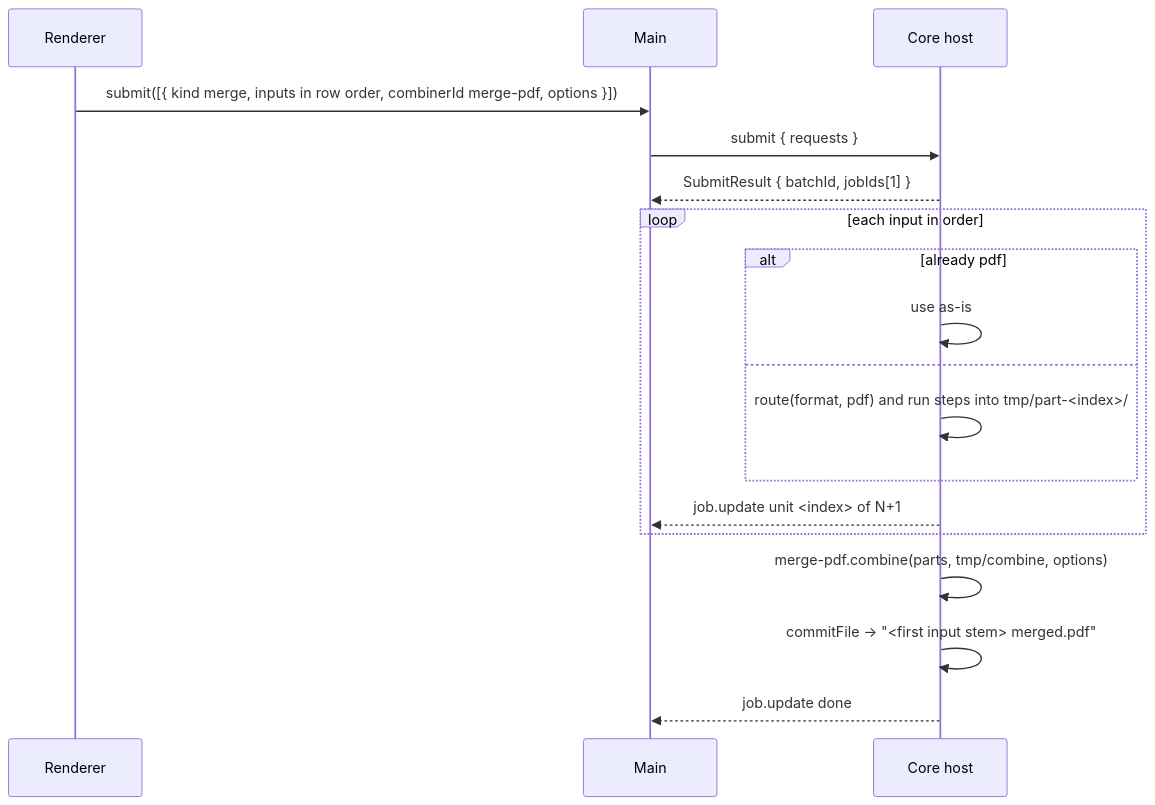
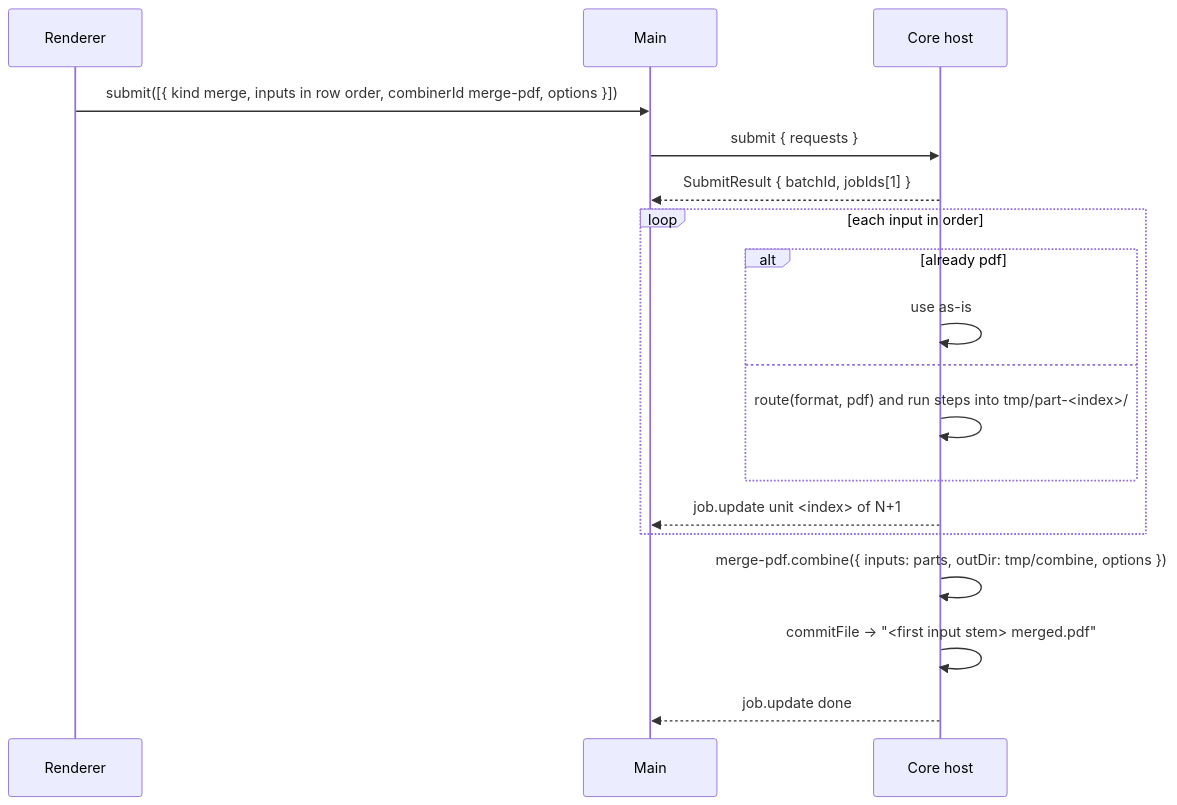
Before and after one commit to Anuragvish22/FileCon: the tenth of 19 diagrams in docs/FLOWS.md, drawn with Mermaid. The commit also changed 16 other files, not shown here.

Commit message:
M1-4b: image to PDF and merge; combine and extract take one request object; park P20-P22

````diff
--- a/docs/FLOWS.md
+++ b/docs/FLOWS.md
@@ -250,20 +250,20 @@
 ```mermaid
 sequenceDiagram
   participant Renderer
   participant Main
   participant Core as Core host
   Renderer->>Main: submit([{ kind merge, inputs in row order, combinerId merge-pdf, options }])
   Main->>Core: submit { requests }
   Core-->>Main: SubmitResult { batchId, jobIds[1] }
   loop each input in order
     alt already pdf
       Core->>Core: use as-is
     else
       Core->>Core: route(format, pdf) and run steps into tmp/part-<index>/
     end
     Core-->>Main: job.update unit <index> of N+1
   end
-  Core->>Core: merge-pdf.combine(parts, tmp/combine, options)
+  Core->>Core: merge-pdf.combine({ inputs: parts, outDir: tmp/combine, options })
   Core->>Core: commitFile → "<first input stem> merged.pdf"
   Core-->>Main: job.update done
 ```
````
